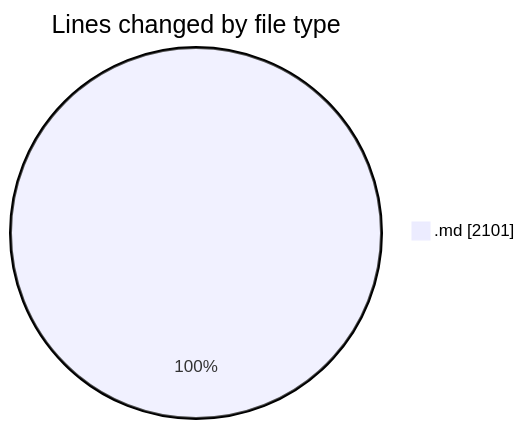
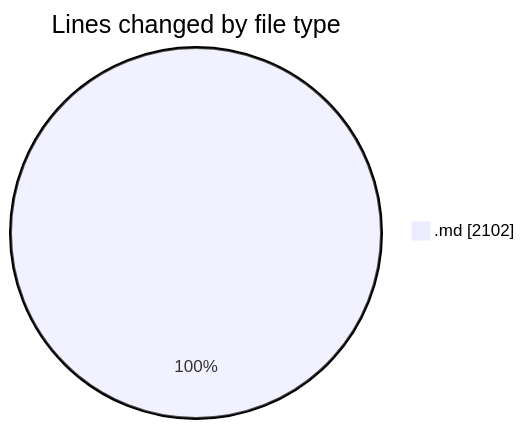
One commit to Ritupan-Deka/code-tracking changed the first of 2 diagrams in 2025-07-07/urlwebwala_intership_work/README.md. Above: the diagram before and after it, drawn with Mermaid. The commit also changed other lines of this file and 1 other file, not shown here.

````diff
--- a/2025-07-07/urlwebwala_intership_work/README.md
+++ b/2025-07-07/urlwebwala_intership_work/README.md
@@ -22,5 +22,5 @@
 ```mermaid
 pie showData
 title Lines changed by file type
-".md" : 2101
+".md" : 2102
 ```
````
